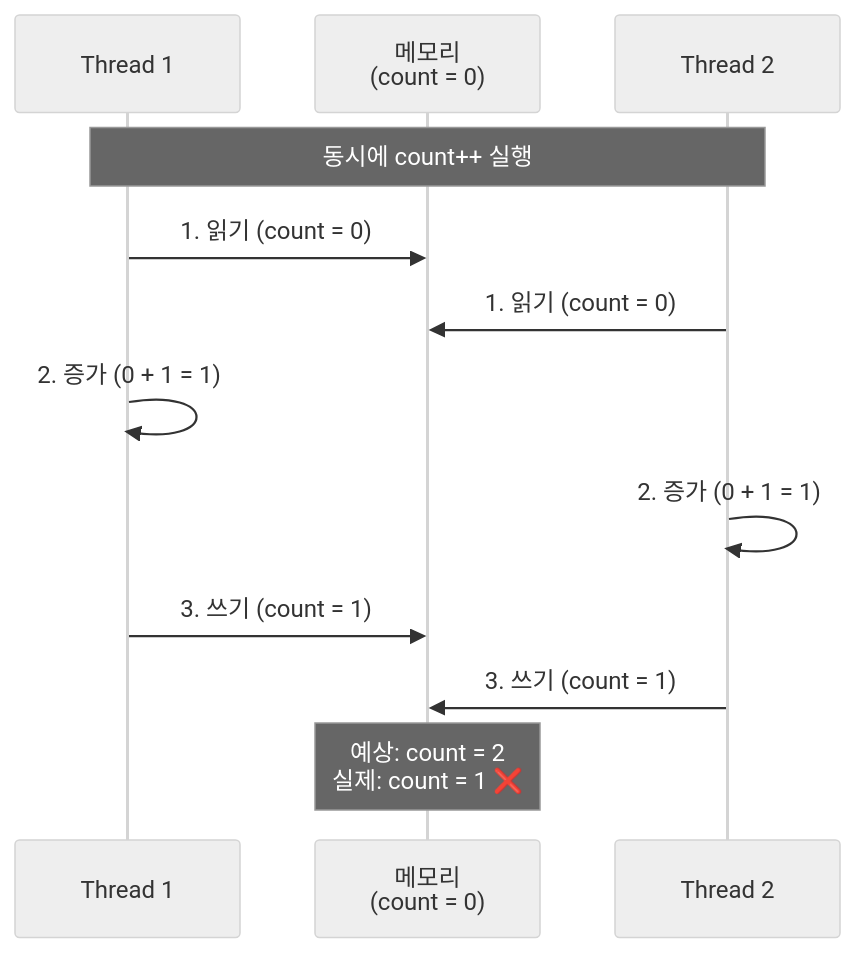
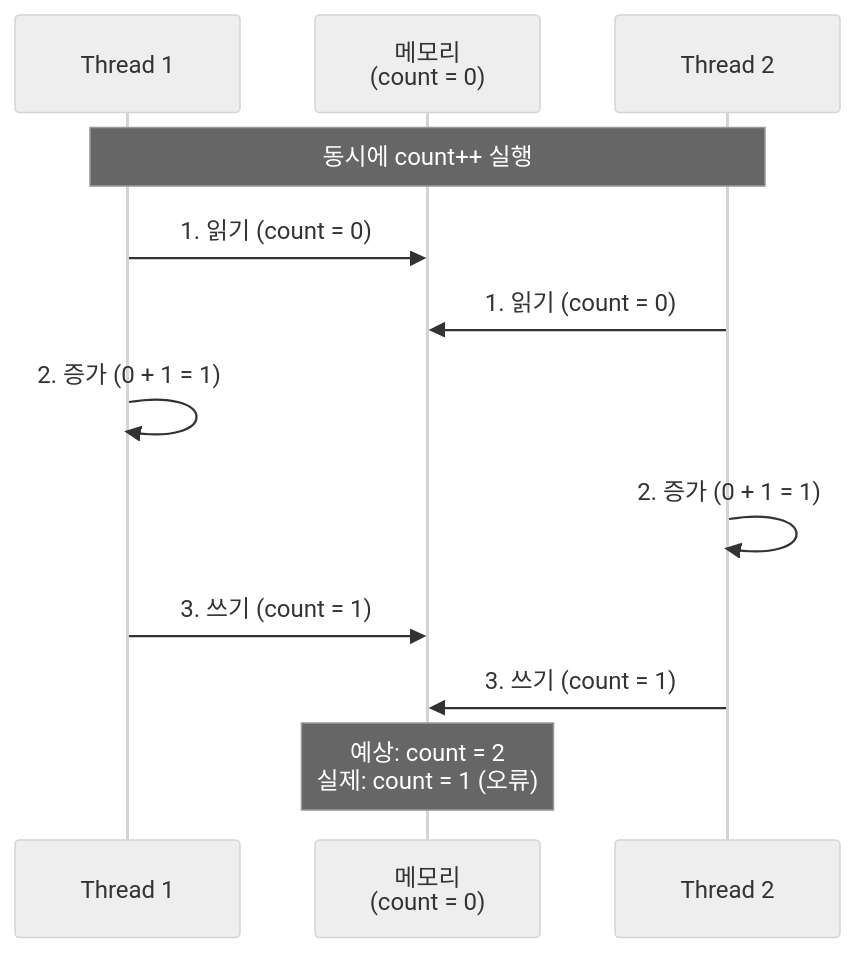
Before and after one commit to GYUTORY/YGSTUDY: the tenth of 14 diagrams in Develop/OS/Process & Thread/Thread/쓰레드와 쓰레드풀.md, drawn with Mermaid (neutral theme). The commit also changed other lines of this file and 4 other files, not shown here.

````diff
--- a/Develop/OS/Process & Thread/Thread/쓰레드와 쓰레드풀.md
+++ b/Develop/OS/Process & Thread/Thread/쓰레드와 쓰레드풀.md
@@ -467,17 +482,17 @@
 ```mermaid
 sequenceDiagram
     participant T1 as Thread 1
     participant Mem as 메모리<br/>(count = 0)
     participant T2 as Thread 2
     
     Note over T1,T2: 동시에 count++ 실행
     
     T1->>Mem: 1. 읽기 (count = 0)
     T2->>Mem: 1. 읽기 (count = 0)
     T1->>T1: 2. 증가 (0 + 1 = 1)
     T2->>T2: 2. 증가 (0 + 1 = 1)
     T1->>Mem: 3. 쓰기 (count = 1)
     T2->>Mem: 3. 쓰기 (count = 1)
     
-    Note over Mem: 예상: count = 2<br/>실제: count = 1 ❌
+    Note over Mem: 예상: count = 2<br/>실제: count = 1 (오류)
 ```
````
